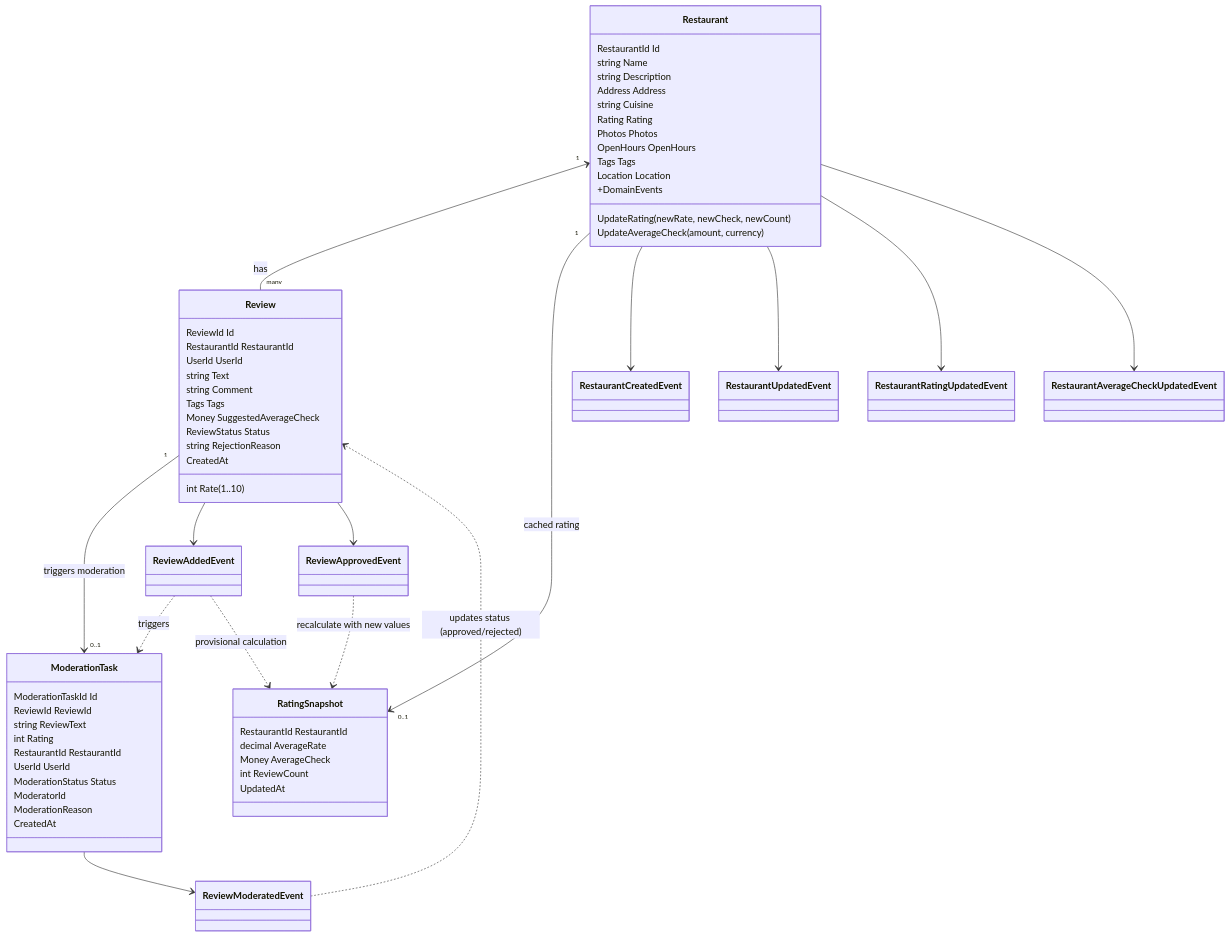
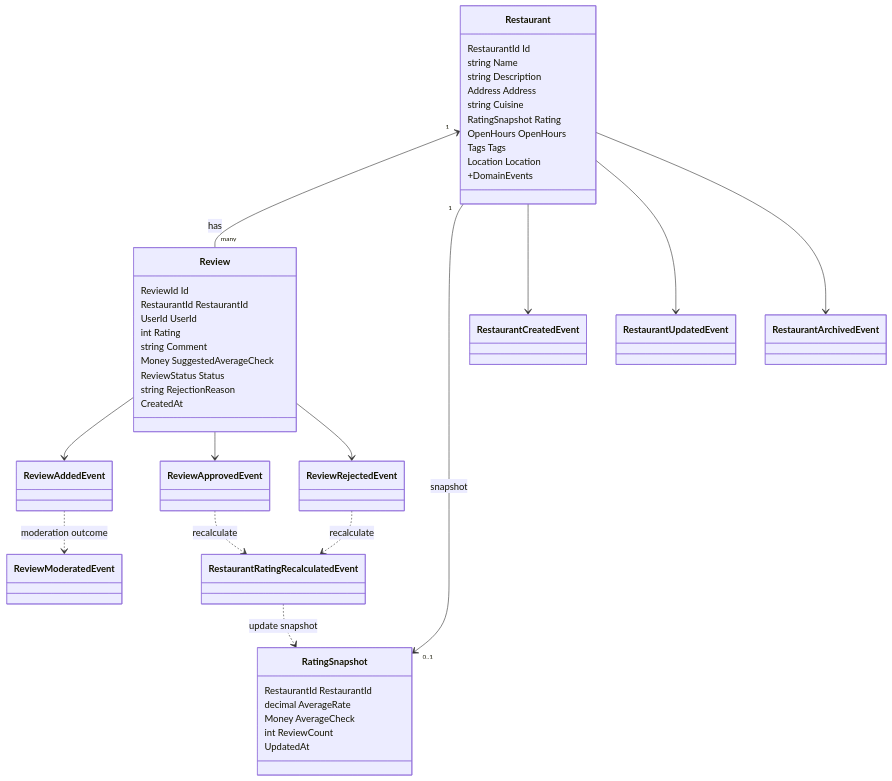
The fourth of 4 diagrams in docs/diagrams.md (bagermoon/otuscode), drawn with Mermaid before and after one commit. The commit also changed other lines of this file and 16 other files, not shown here.

Commit message:
feat(review): add rejection source to review process

````diff
--- a/docs/diagrams.md
+++ b/docs/diagrams.md
@@ -184,82 +171,59 @@
-    ```mermaid
-    classDiagram
-        class Restaurant {
-            RestaurantId Id
-            string Name
-            string Description
-            Address Address
-            string Cuisine
-            Rating Rating
-            Photos Photos
-            OpenHours OpenHours
-            Tags Tags
-            Location Location
-            UpdateRating(newRate, newCheck, newCount)
-            UpdateAverageCheck(amount, currency)
-            +DomainEvents
-        }
+```mermaid
+classDiagram
+    class Restaurant {
+        RestaurantId Id
+        string Name
+        string Description
+        Address Address
+        string Cuisine
+        RatingSnapshot Rating
+        OpenHours OpenHours
+        Tags Tags
+        Location Location
+        +DomainEvents
+    }
 
-        class Review {
-            ReviewId Id
-            RestaurantId RestaurantId
-            UserId UserId
-            string Text
-            int Rate (1..10)
-            string Comment
-            Tags Tags
-            Money SuggestedAverageCheck
-            ReviewStatus Status
-            string RejectionReason
-            CreatedAt
-        }
+    class Review {
+        ReviewId Id
+        RestaurantId RestaurantId
+        UserId UserId
+        int Rating
+        string Comment
+        Money SuggestedAverageCheck
+        ReviewStatus Status
+        string RejectionReason
+        CreatedAt
+    }
 
-        class ModerationTask {
-            ModerationTaskId Id
-            ReviewId ReviewId
-            string ReviewText
-            int Rating
-            RestaurantId RestaurantId
-            UserId UserId
-            ModerationStatus Status
-            ModeratorId
-            ModerationReason
-            CreatedAt
-        }
+    class RatingSnapshot {
+        RestaurantId RestaurantId
+        decimal AverageRate
+        Money AverageCheck
+        int ReviewCount
+        UpdatedAt
+    }
 
-        class RatingSnapshot {
-            RestaurantId RestaurantId
-            decimal AverageRate
-            Money AverageCheck
-            int ReviewCount
-            UpdatedAt
-        }
+    class RestaurantCreatedEvent
+    class RestaurantUpdatedEvent
+    class RestaurantArchivedEvent
+    class ReviewAddedEvent
+    class ReviewApprovedEvent
+    class ReviewRejectedEvent
+    class ReviewModeratedEvent
+    class RestaurantRatingRecalculatedEvent
 
-        %% Domain Events
-        class RestaurantCreatedEvent
-        class RestaurantUpdatedEvent
-        class RestaurantRatingUpdatedEvent
-        class RestaurantAverageCheckUpdatedEvent
-        class ReviewAddedEvent
-        class ReviewApprovedEvent
-        class ReviewModeratedEvent
+    Restaurant "1" <-- "many" Review : has
+    Restaurant "1" --> "0..1" RatingSnapshot : snapshot
 
-        %% Relationships
-        Restaurant "1" <-- "many" Review : has
-        Review "1" --> "0..1" ModerationTask : triggers moderation
-        Restaurant "1" --> "0..1" RatingSnapshot : cached rating
+    Restaurant --> RestaurantCreatedEvent
+    Restaurant --> RestaurantUpdatedEvent
+    Restaurant --> RestaurantArchivedEvent
+    Review --> ReviewAddedEvent
+    Review --> ReviewApprovedEvent
+    Review --> ReviewRejectedEvent
 
-        %% Event Sources
-        Restaurant --> RestaurantCreatedEvent
-        Restaurant --> RestaurantUpdatedEvent
-        Restaurant --> RestaurantRatingUpdatedEvent
-        Restaurant --> RestaurantAverageCheckUpdatedEvent
-        Review --> ReviewAddedEvent
-        Review --> ReviewApprovedEvent
-        ModerationTask --> ReviewModeratedEvent
-
-        %% Event Flows (Services publish these)
-        ReviewAddedEvent ..> ModerationTask : triggers
-        ReviewAddedEvent ..> RatingSnapshot : provisional calculation
-        ReviewModeratedEvent ..> Review : updates status (approved/rejected)
-        ReviewApprovedEvent ..> RatingSnapshot : recalculate with new values
-    ```
+    ReviewAddedEvent ..> ReviewModeratedEvent : moderation outcome
+    ReviewApprovedEvent ..> RestaurantRatingRecalculatedEvent : recalculate
+    ReviewRejectedEvent ..> RestaurantRatingRecalculatedEvent : recalculate
+    RestaurantRatingRecalculatedEvent ..> RatingSnapshot : update snapshot
+```
````
